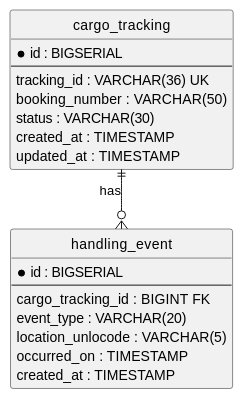
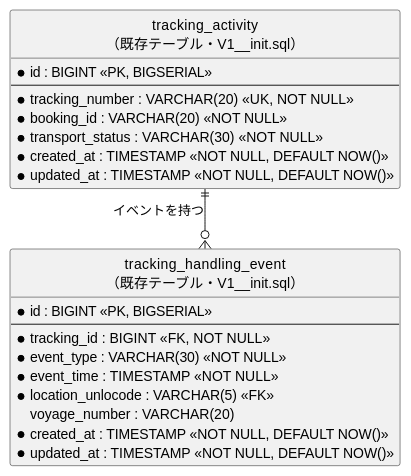
One commit to k2works/case-study-cargo-tracker changed the fourth of 7 diagrams in docs/development/iteration_plan-7.md. Above: the diagram before and after it, drawn with PlantUML. The commit also changed other lines of this file, not shown here.

````diff
--- a/docs/development/iteration_plan-7.md
+++ b/docs/development/iteration_plan-7.md
@@ -239,28 +251,30 @@
 ```plantuml
 @startuml
 hide circle
 skinparam linetype ortho
 
-entity "cargo_tracking" as ct {
-  *id : BIGSERIAL
+entity "tracking_activity\n（既存テーブル・V1__init.sql）" as ta {
+  *id : BIGINT <<PK, BIGSERIAL>>
   --
-  tracking_id : VARCHAR(36) UK
-  booking_number : VARCHAR(50)
-  status : VARCHAR(30)
-  created_at : TIMESTAMP
-  updated_at : TIMESTAMP
+  * tracking_number : VARCHAR(20) <<UK, NOT NULL>>
+  * booking_id : VARCHAR(20) <<NOT NULL>>
+  * transport_status : VARCHAR(30) <<NOT NULL>>
+  * created_at : TIMESTAMP <<NOT NULL, DEFAULT NOW()>>
+  * updated_at : TIMESTAMP <<NOT NULL, DEFAULT NOW()>>
 }
 
-entity "handling_event" as he {
-  *id : BIGSERIAL
+entity "tracking_handling_event\n（既存テーブル・V1__init.sql）" as the {
+  *id : BIGINT <<PK, BIGSERIAL>>
   --
-  cargo_tracking_id : BIGINT FK
-  event_type : VARCHAR(20)
-  location_unlocode : VARCHAR(5)
-  occurred_on : TIMESTAMP
-  created_at : TIMESTAMP
+  * tracking_id : BIGINT <<FK, NOT NULL>>
+  * event_type : VARCHAR(30) <<NOT NULL>>
+  * event_time : TIMESTAMP <<NOT NULL>>
+  * location_unlocode : VARCHAR(5) <<FK>>
+  voyage_number : VARCHAR(20)
+  * created_at : TIMESTAMP <<NOT NULL, DEFAULT NOW()>>
+  * updated_at : TIMESTAMP <<NOT NULL, DEFAULT NOW()>>
 }
 
-ct ||--o{ he : "has"
+ta ||--o{ the : "イベントを持つ"
 @enduml
 ```
````
